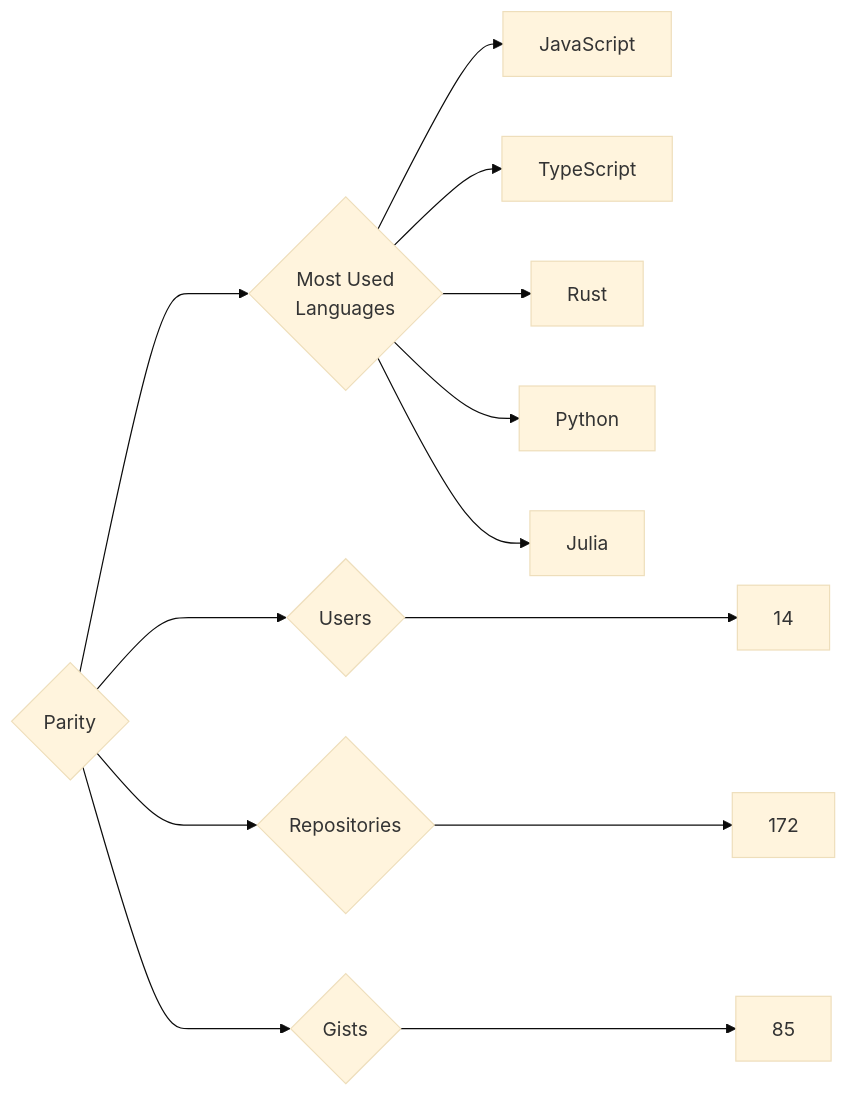
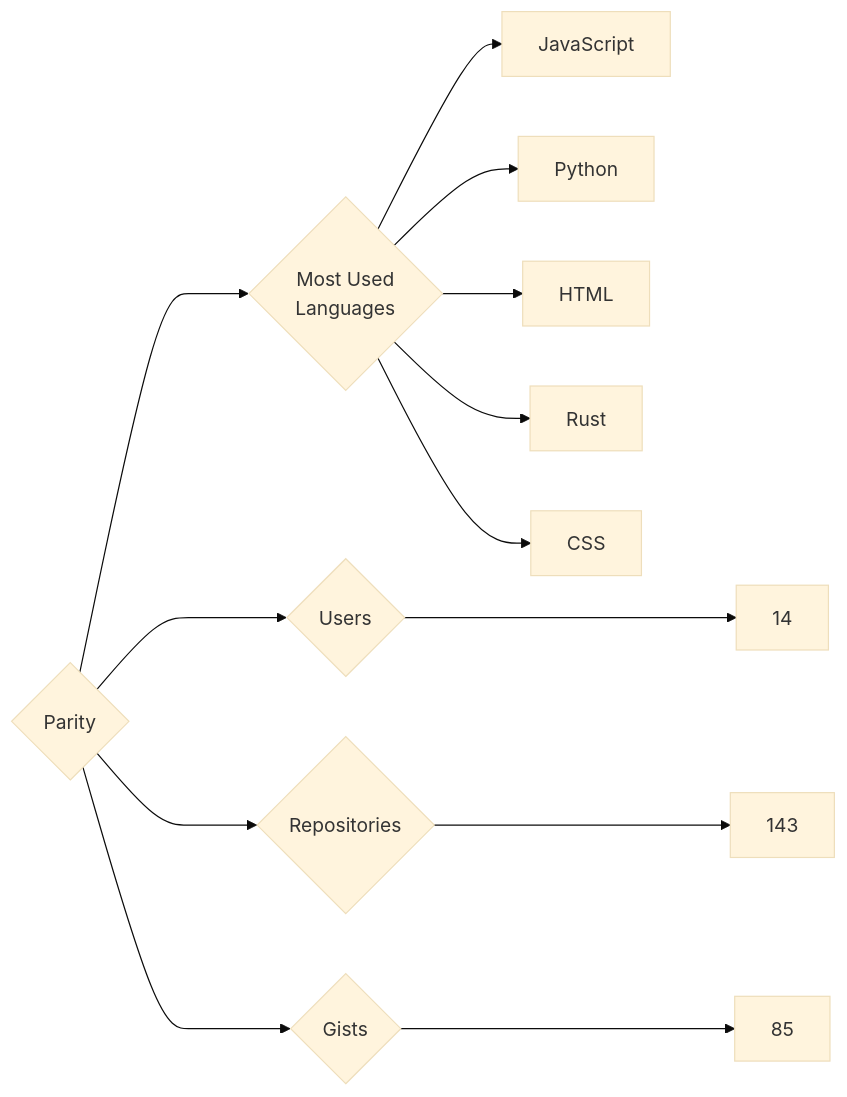
Before and after one commit to trickest/insiders: the diagram in targets/Parity/README.md, drawn with Mermaid (base theme). The commit also changed 765 other files, not shown here.

````diff
--- a/targets/Parity/README.md
+++ b/targets/Parity/README.md
@@ -3,13 +3,13 @@
 ```mermaid
 graph LR
 COMPANY_NAME{Parity}
 COMPANY_NAME ---> U{Users} ---> UN[14]
-COMPANY_NAME ---> R{Repositories} ---> RN[172]
+COMPANY_NAME ---> R{Repositories} ---> RN[143]
 COMPANY_NAME ---> G{Gists} ---> GN[85]
 COMPANY_NAME ---> ML{Most Used<br>Languages}
 ML --> JavaScript[JavaScript]
-ML --> TypeScript[TypeScript]
+ML --> Python[Python]
+ML --> HTML[HTML]
 ML --> Rust[Rust]
-ML --> Python[Python]
-ML --> Julia[Julia]
+ML --> CSS[CSS]
 ```
````
